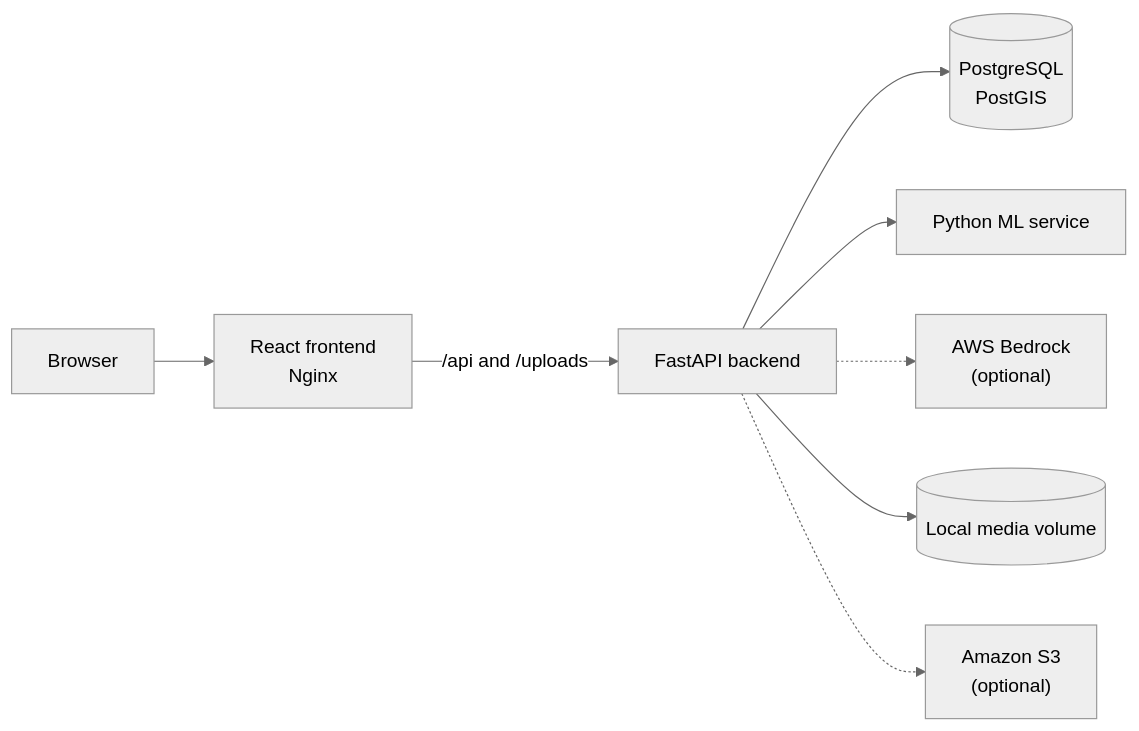
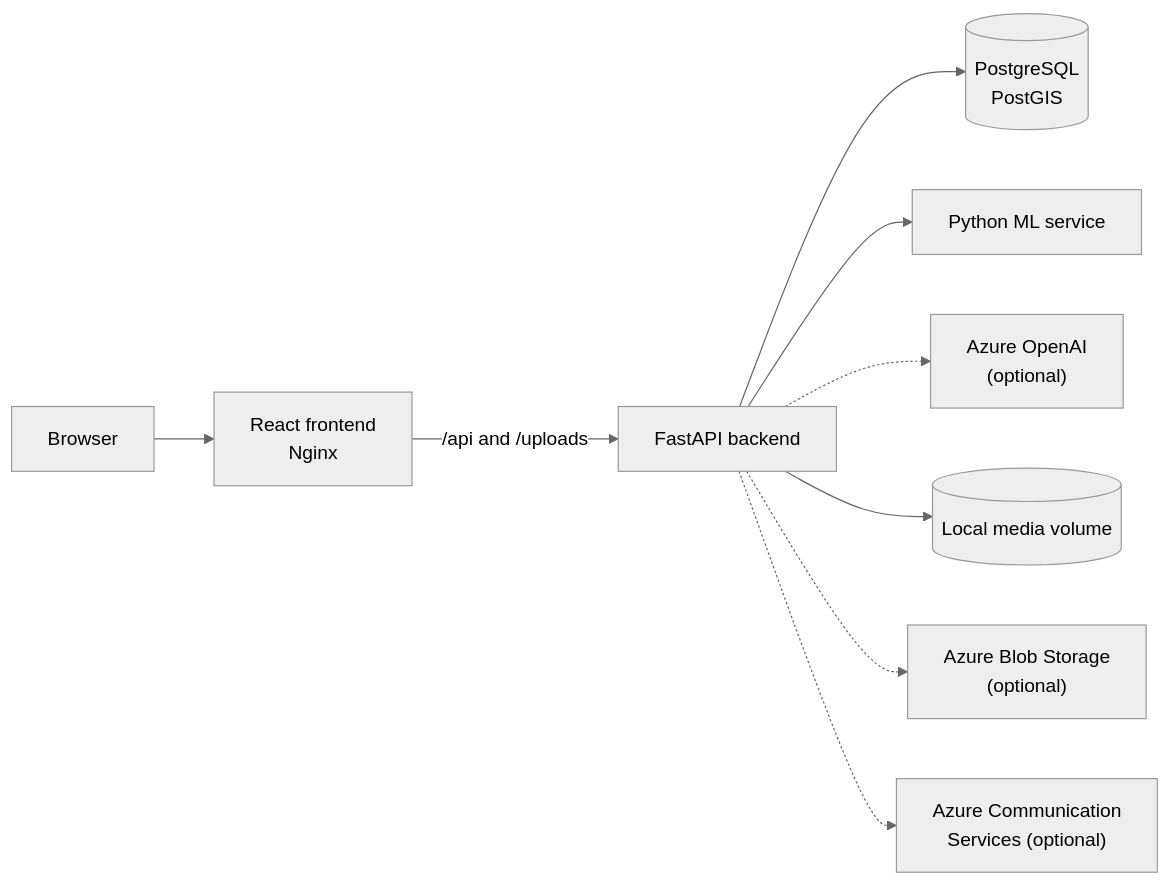
The diagram in README.md (Hardikgupta1709/Tat-Sahayk), drawn with Mermaid (neutral theme) before and after one commit. The commit also changed other lines of this file and 36 other files, not shown here.

Commit message:
Replace all AWS integrations with Azure equivalents

````diff
--- a/README.md
+++ b/README.md
@@ -38,19 +42,21 @@
 ```mermaid
 flowchart LR
     Browser["Browser"]
     Frontend["React frontend<br/>Nginx"]
     Backend["FastAPI backend"]
     Database[("PostgreSQL<br/>PostGIS")]
     LocalML["Python ML service"]
-    Bedrock["AWS Bedrock<br/>(optional)"]
+    AzureAI["Azure OpenAI<br/>(optional)"]
     LocalMedia[("Local media volume")]
-    S3["Amazon S3<br/>(optional)"]
+    Blob["Azure Blob Storage<br/>(optional)"]
+    ACS["Azure Communication<br/>Services (optional)"]
 
     Browser --> Frontend
     Frontend -->|"/api and /uploads"| Backend
     Backend --> Database
     Backend --> LocalML
-    Backend -.-> Bedrock
+    Backend -.-> AzureAI
     Backend --> LocalMedia
-    Backend -.-> S3
+    Backend -.-> Blob
+    Backend -.-> ACS
 ```
````
